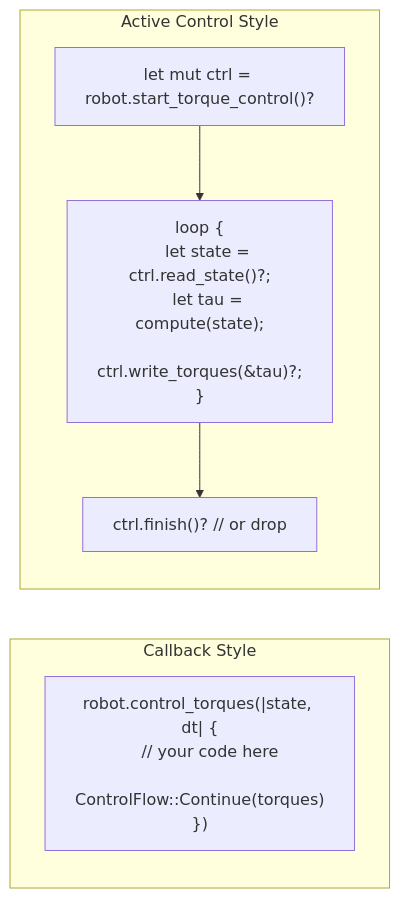
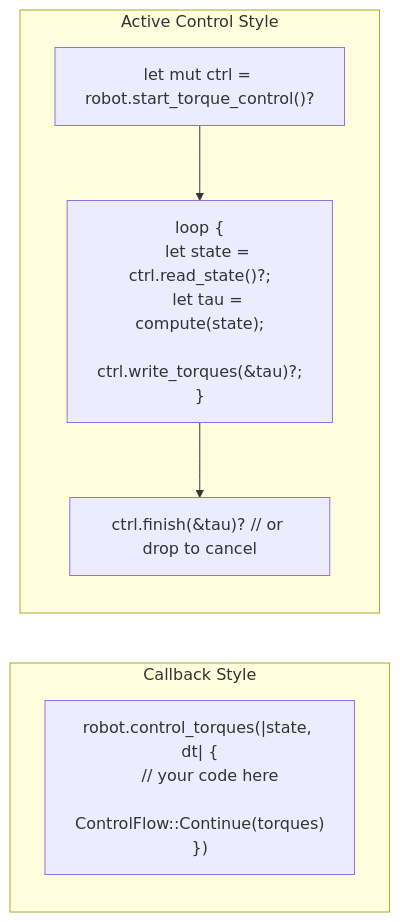
Before and after one commit to ColeTen/franka-rs: the second of 3 diagrams in docs/src/modules/active-control.md, drawn with Mermaid. The commit also changed other lines of this file and 15 other files, not shown here.

````diff
--- a/docs/src/modules/active-control.md
+++ b/docs/src/modules/active-control.md
@@ -48,15 +46,15 @@
 ```mermaid
 flowchart LR
     subgraph "Callback Style"
         direction TB
         CB_ROBOT["robot.control_torques(|state, dt| {<br/>    // your code here<br/>    ControlFlow::Continue(torques)<br/>})"]
     end
 
     subgraph "Active Control Style"
         direction TB
         AC_START["let mut ctrl = robot.start_torque_control()?"]
         AC_LOOP["loop {<br/>    let state = ctrl.read_state()?;<br/>    let tau = compute(state);<br/>    ctrl.write_torques(&tau)?;<br/>}"]
-        AC_FINISH["ctrl.finish()? // or drop"]
+        AC_FINISH["ctrl.finish(&tau)? // or drop to cancel"]
         AC_START --> AC_LOOP --> AC_FINISH
     end
 ```
````
